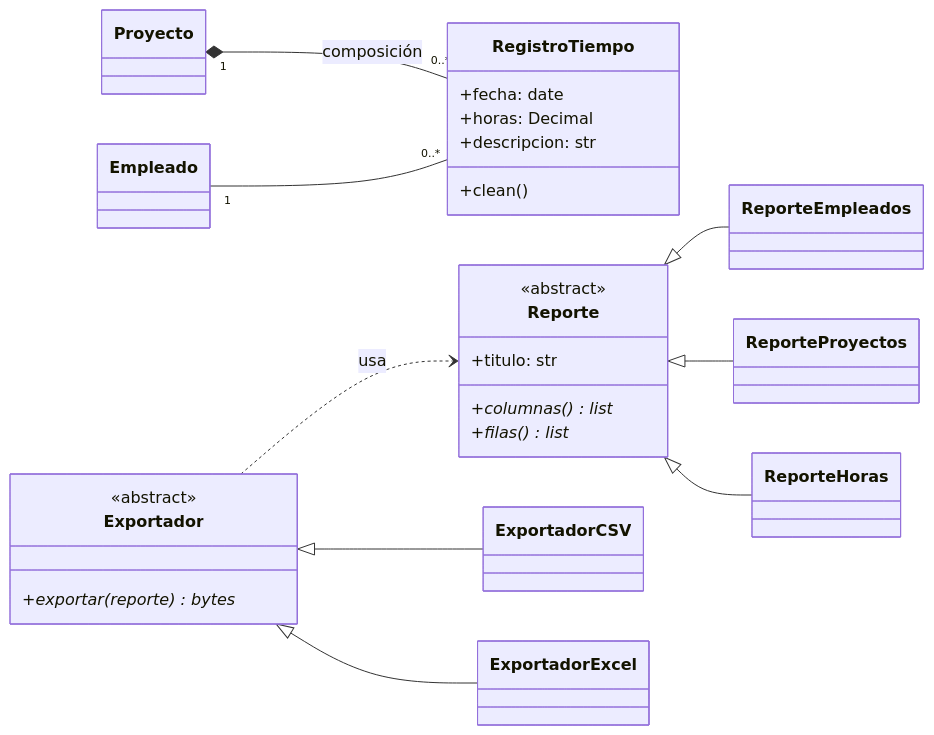
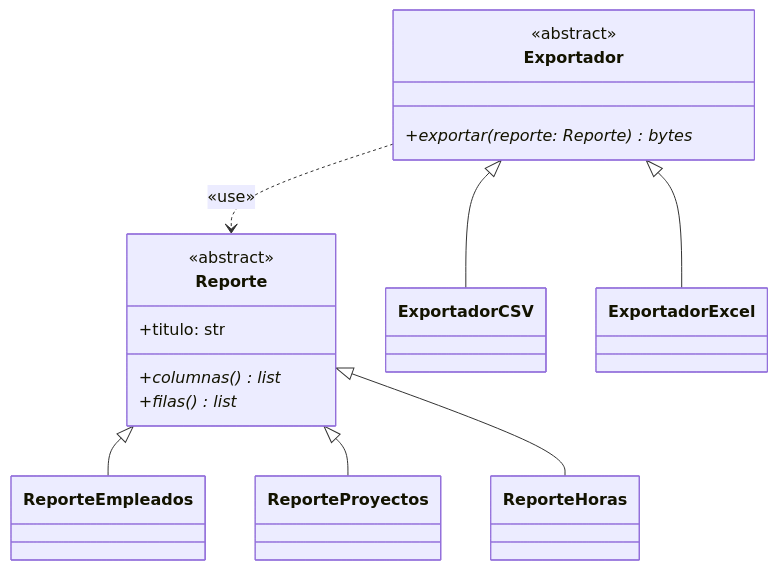
The fourth of 5 diagrams in docs/uml.md (Chacarerin/ecotech_demo), drawn with Mermaid before and after one commit. The commit also changed other lines of this file and 3 other files, not shown here.

First line of the commit message:
docs(uml): diagramas corregidos con la vara de Modelamiento

````diff
--- a/docs/uml.md
+++ b/docs/uml.md
@@ -125,32 +180,27 @@
 ```mermaid
 classDiagram
-    direction LR
-
-    class Proyecto
-    class Empleado
-    class RegistroTiempo {
-        +fecha: date
-        +horas: Decimal
-        +descripcion: str
-        +clean()
-    }
-    Proyecto "1" *-- "0..*" RegistroTiempo : composición
-    Empleado "1" -- "0..*" RegistroTiempo
+    direction TB
 
     class Reporte {
         <<abstract>>
         +titulo: str
         +columnas()* list
         +filas()* list
     }
     class Exportador {
         <<abstract>>
-        +exportar(reporte)* bytes
+        +exportar(reporte: Reporte)* bytes
     }
+    class ReporteEmpleados
+    class ReporteProyectos
+    class ReporteHoras
+    class ExportadorCSV
+    class ExportadorExcel
+
     Reporte <|-- ReporteEmpleados
     Reporte <|-- ReporteProyectos
     Reporte <|-- ReporteHoras
     Exportador <|-- ExportadorCSV
     Exportador <|-- ExportadorExcel
-    Exportador ..> Reporte : usa
+    Exportador ..> Reporte : «use»
 ```
````
